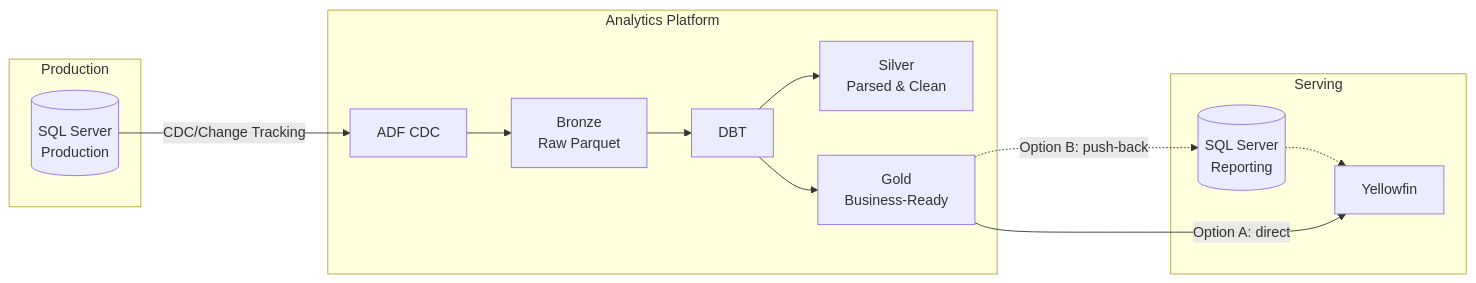
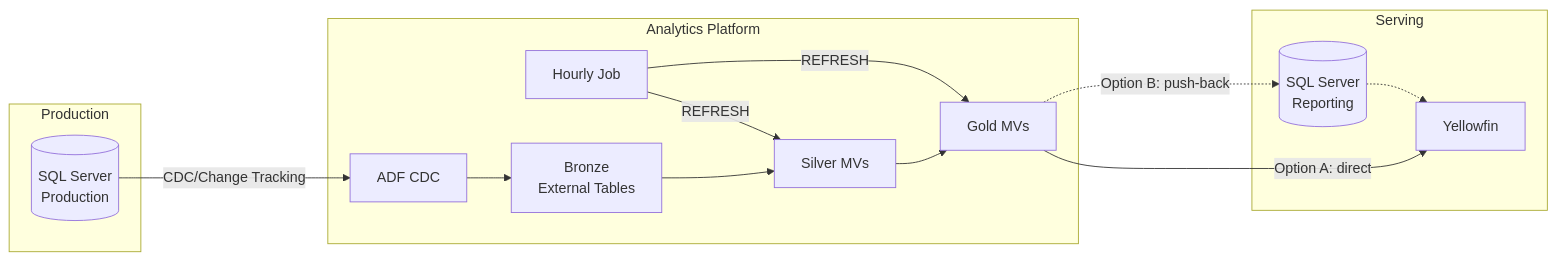
The first of 4 diagrams in docs/shared/databricks-poc-architecture.md (yousefzadeh/shishlik), drawn with Mermaid before and after one commit. The commit also changed other lines of this file and 10 other files, not shown here.

````diff
--- a/docs/shared/databricks-poc-architecture.md
+++ b/docs/shared/databricks-poc-architecture.md
@@ -19,28 +19,28 @@
 ```mermaid
 flowchart LR
     subgraph Production
         SQL[(SQL Server<br/>Production)]
     end
     
     subgraph "Analytics Platform"
         CDC[ADF CDC]
-        Bronze[Bronze<br/>Raw Parquet]
-        Silver[Silver<br/>Parsed & Clean]
-        Gold[Gold<br/>Business-Ready]
-        DBT[DBT]
+        Bronze[Bronze<br/>External Tables]
+        Silver[Silver MVs]
+        Gold[Gold MVs]
+        JOB[Hourly Job]
     end
     
     subgraph Serving
         SQLG[(SQL Server<br/>Reporting)]
         YF[Yellowfin]
     end
     
     SQL -->|CDC/Change Tracking| CDC
     CDC --> Bronze
-    Bronze --> DBT
-    DBT --> Silver
-    DBT --> Gold
+    JOB -->|REFRESH| Silver
+    JOB -->|REFRESH| Gold
+    Bronze --> Silver --> Gold
     Gold -.->|Option B: push-back| SQLG
     SQLG -.-> YF
     Gold -->|Option A: direct| YF
 ```
````
